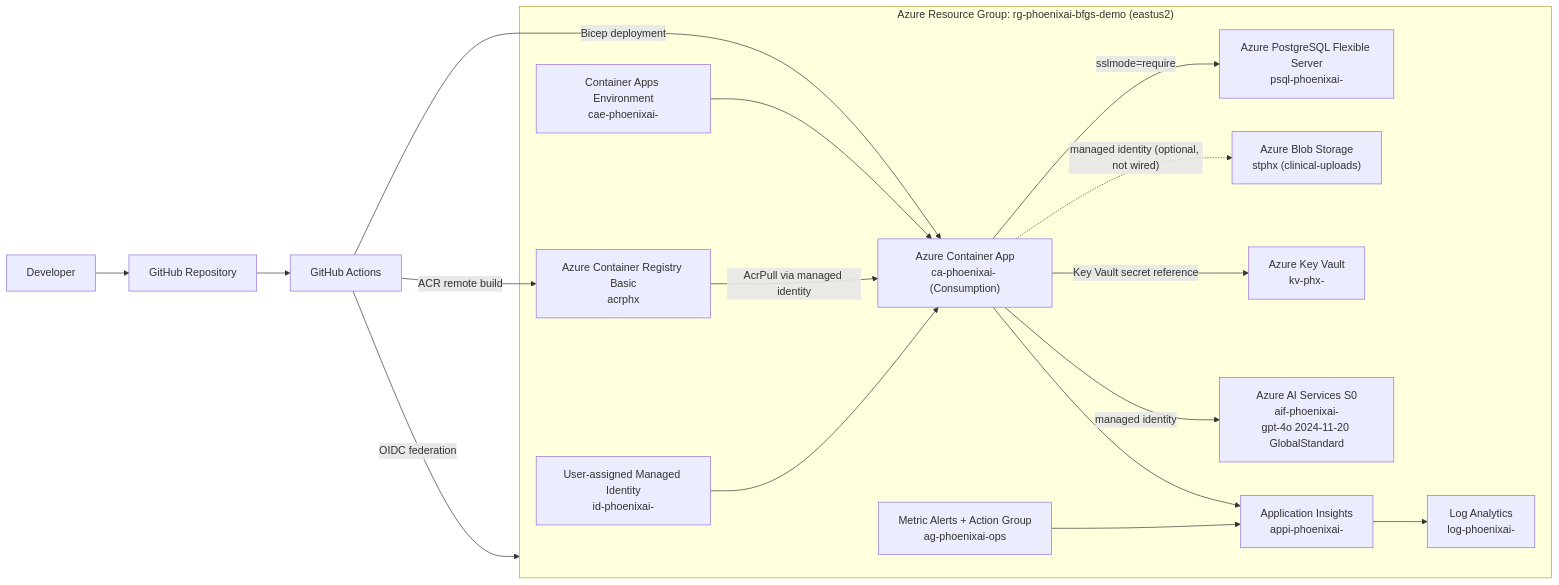
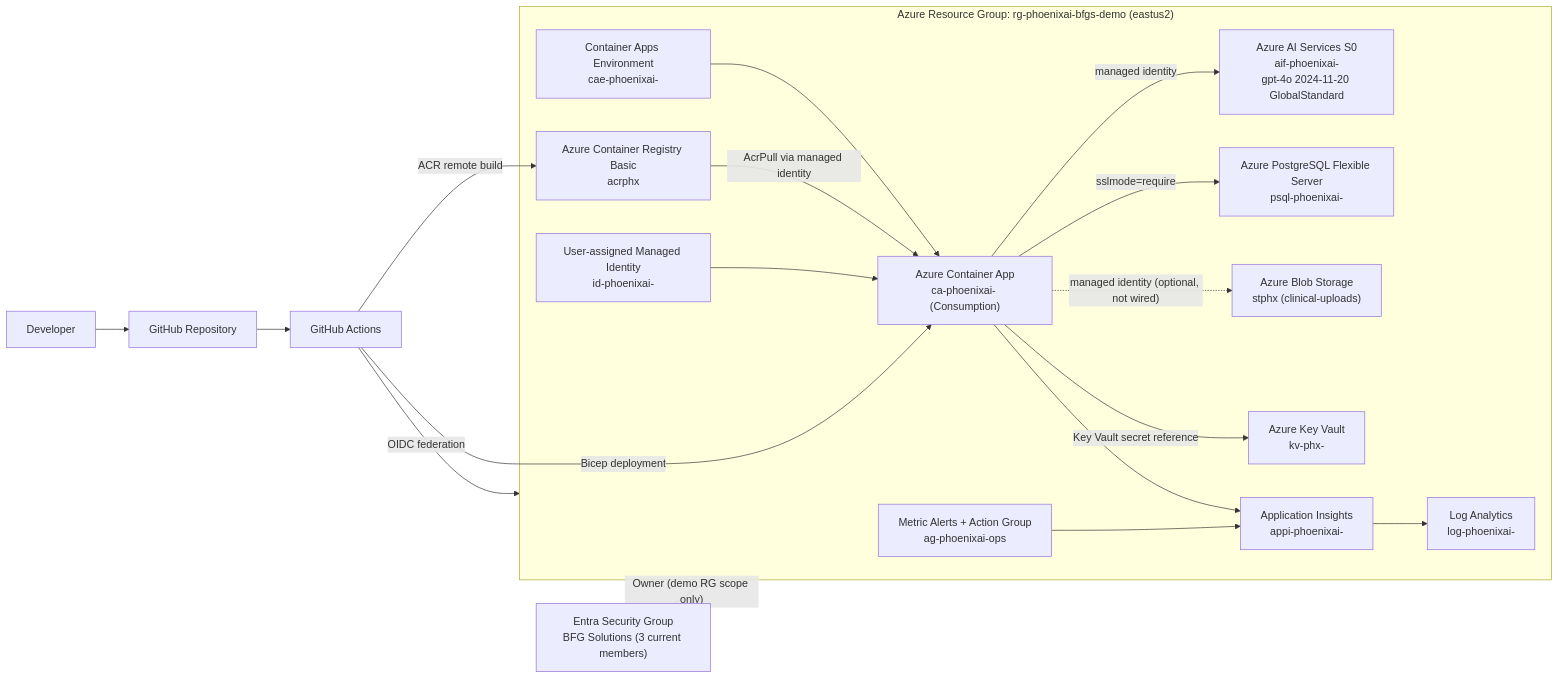
Before and after one commit to polyfuze4336-bot/phoenix-ai-azure: the diagram in docs/architecture/diagrams/current-deployment.mmd, drawn with Mermaid. The commit also changed 9 other files, not shown here.

Commit message:
chore(azure): grant demo group RG owner access

```diff
--- a/docs/architecture/diagrams/current-deployment.mmd
+++ b/docs/architecture/diagrams/current-deployment.mmd
@@ -1,38 +1,40 @@
 %% Phoenix AI — Current customer deployment architecture
 %% All workload resources are owned by rg-phoenixai-bfgs-demo in eastus2.
 %% Resource names use the deterministic Bicep environment token resolved during deployment.
 flowchart LR
     DEV["Developer"]
+    OPS["Entra Security Group\nBFG Solutions (3 current members)"]
     GH["GitHub Repository"]
     GHA["GitHub Actions"]
 
     subgraph AZURE["Azure Resource Group: rg-phoenixai-bfgs-demo (eastus2)"]
         APP["Azure Container App\nca-phoenixai-<token> (Consumption)"]
         ENV["Container Apps Environment\ncae-phoenixai-<token>"]
         ACR["Azure Container Registry Basic\nacrphx<token>"]
         PG["Azure PostgreSQL Flexible Server\npsql-phoenixai-<token>"]
         BLOB["Azure Blob Storage\nstphx<token> (clinical-uploads)"]
         KV["Azure Key Vault\nkv-phx-<token>"]
         MI["User-assigned Managed Identity\nid-phoenixai-<token>"]
         AI["Azure AI Services S0\naif-phoenixai-<token>\ngpt-4o 2024-11-20 GlobalStandard"]
         AIAPP["Application Insights\nappi-phoenixai-<token>"]
         LAW["Log Analytics\nlog-phoenixai-<token>"]
         ALERTS["Metric Alerts + Action Group\nag-phoenixai-ops"]
     end
 
     DEV --> GH
+    OPS -->|"Owner (demo RG scope only)"| AZURE
     GH --> GHA
     GHA -->|"OIDC federation"| AZURE
     GHA -->|"ACR remote build"| ACR
     GHA -->|"Bicep deployment"| APP
 
     ENV --> APP
     ACR -->|"AcrPull via managed identity"| APP
     MI --> APP
     APP -->|"managed identity"| AI
     APP -->|"sslmode=require"| PG
     APP -.->|"managed identity (optional, not wired)"| BLOB
     APP -->|"Key Vault secret reference"| KV
     APP --> AIAPP
     AIAPP --> LAW
     ALERTS --> AIAPP
```
